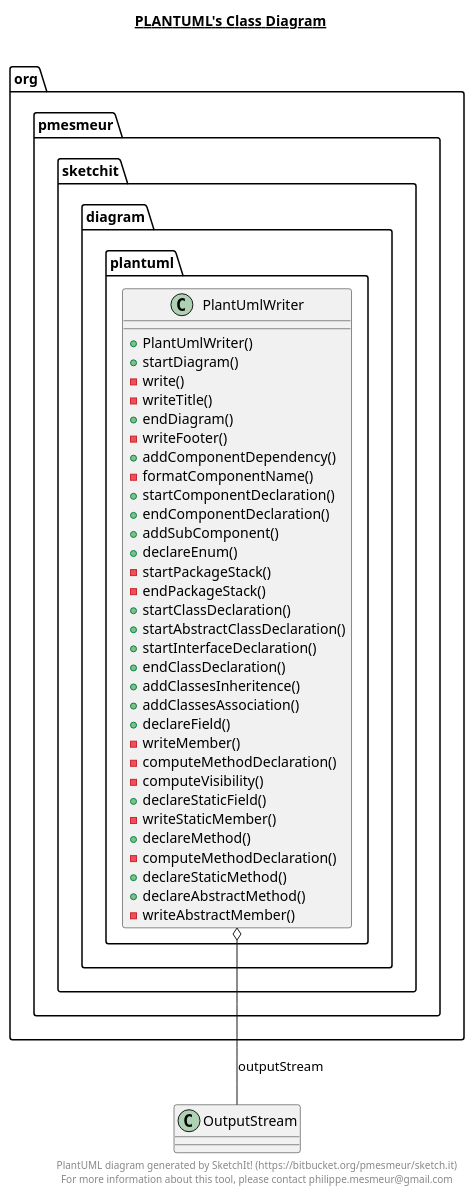
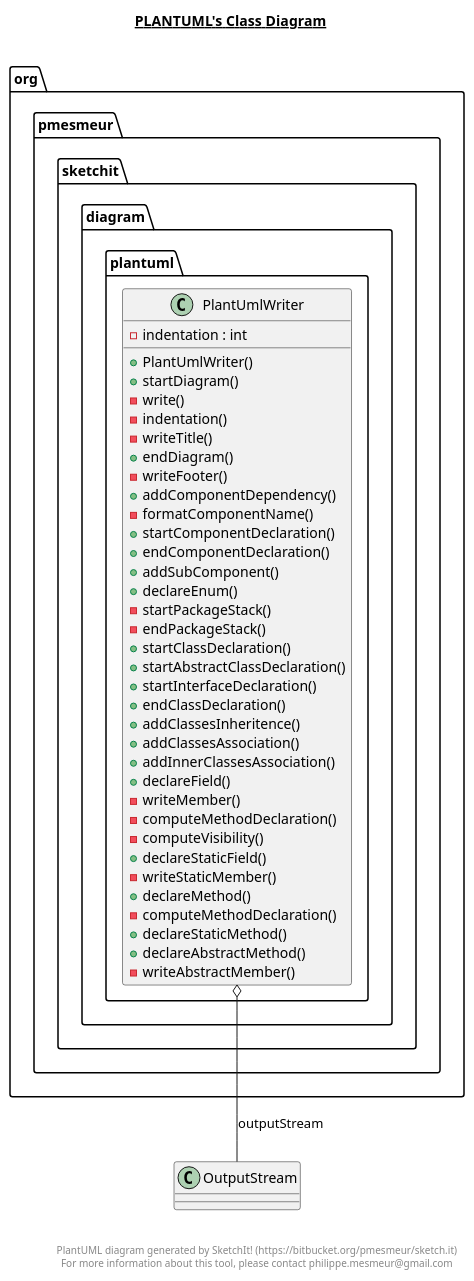
Before and after one commit to bigjimlefou/sketch.it: the diagram in src/org/pmesmeur/sketchit/diagram/plantuml/plantuml.plantuml, drawn with PlantUML. The commit also changed 5 other files, not shown here.

Commit message:
Update UML models

```diff
--- a/src/org/pmesmeur/sketchit/diagram/plantuml/plantuml.plantuml
+++ b/src/org/pmesmeur/sketchit/diagram/plantuml/plantuml.plantuml
@@ -1,53 +1,59 @@
 @startuml
 
 title __PLANTUML's Class Diagram__\n
 
-package org.pmesmeur.sketchit {
-package org.pmesmeur.sketchit.diagram {
-package org.pmesmeur.sketchit.diagram.plantuml {
-class PlantUmlWriter {
-  + PlantUmlWriter()
-  + startDiagram()
-  - write()
-  - writeTitle()
-  + endDiagram()
-  - writeFooter()
-  + addComponentDependency()
-  - formatComponentName()
-  + startComponentDeclaration()
-  + endComponentDeclaration()
-  + addSubComponent()
-  + declareEnum()
-  - startPackageStack()
-  - endPackageStack()
-  + startClassDeclaration()
-  + startAbstractClassDeclaration()
-  + startInterfaceDeclaration()
-  + endClassDeclaration()
-  + addClassesInheritence()
-  + addClassesAssociation()
-  + declareField()
-  - writeMember()
-  - computeMethodDeclaration()
-  - computeVisibility()
-  + declareStaticField()
-  - writeStaticMember()
-  + declareMethod()
-  - computeMethodDeclaration()
-  + declareStaticMethod()
-  + declareAbstractMethod()
-  - writeAbstractMember()
-}
-}
-}
-}
+  package org.pmesmeur.sketchit {
+    package org.pmesmeur.sketchit.diagram {
+      package org.pmesmeur.sketchit.diagram.plantuml {
+        class PlantUmlWriter {
+            - indentation : int
+            + PlantUmlWriter()
+            + startDiagram()
+            - write()
+            - indentation()
+            - writeTitle()
+            + endDiagram()
+            - writeFooter()
+            + addComponentDependency()
+            - formatComponentName()
+            + startComponentDeclaration()
+            + endComponentDeclaration()
+            + addSubComponent()
+            + declareEnum()
+            - startPackageStack()
+            - endPackageStack()
+            + startClassDeclaration()
+            + startAbstractClassDeclaration()
+            + startInterfaceDeclaration()
+            + endClassDeclaration()
+            + addClassesInheritence()
+            + addClassesAssociation()
+            + addInnerClassesAssociation()
+            + declareField()
+            - writeMember()
+            - computeMethodDeclaration()
+            - computeVisibility()
+            + declareStaticField()
+            - writeStaticMember()
+            + declareMethod()
+            - computeMethodDeclaration()
+            + declareStaticMethod()
+            + declareAbstractMethod()
+            - writeAbstractMember()
+        }
+      }
+    }
+  }
+  
+
+  PlantUmlWriter o-- OutputStream : outputStream
 
 
-PlantUmlWriter o-- OutputStream : outputStream
+right footer
 
-right footer
+
 PlantUML diagram generated by SketchIt! (https://bitbucket.org/pmesmeur/sketch.it)
 For more information about this tool, please contact philippe.mesmeur@gmail.com
 endfooter
 
 @enduml
```
